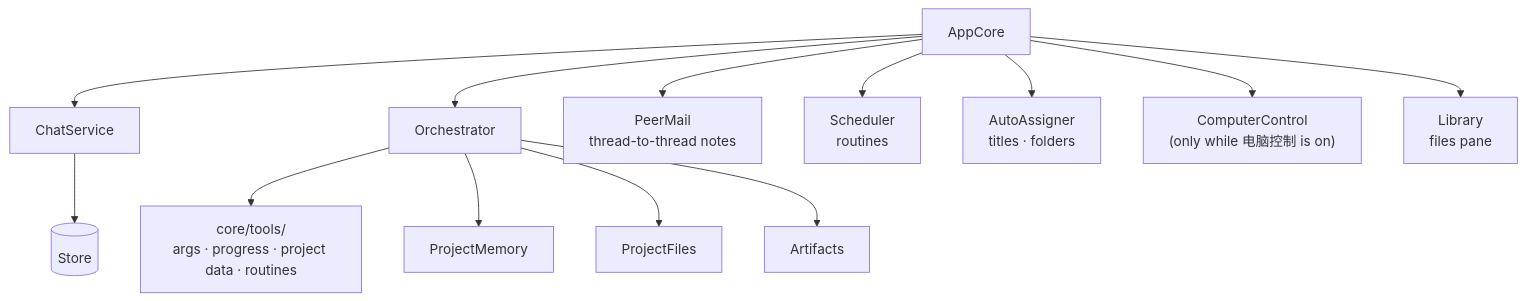
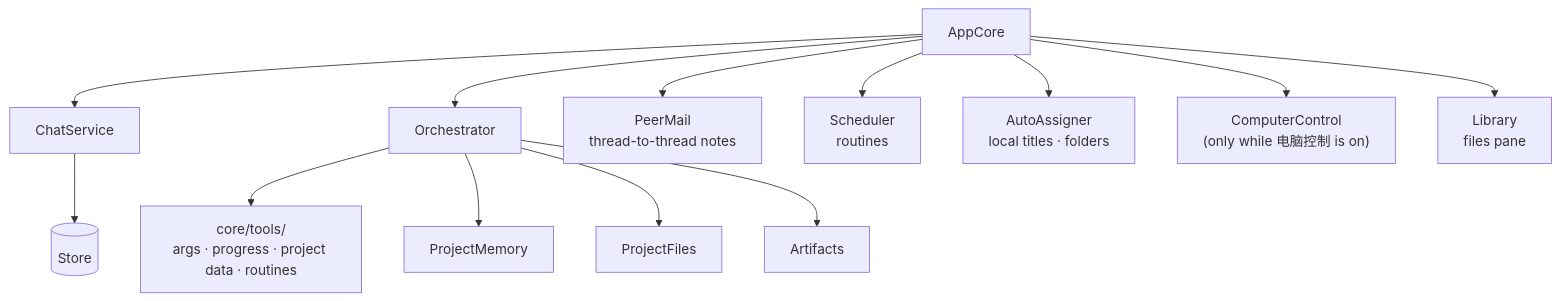
The third of 3 diagrams in docs/ARCHITECTURE.md (goldenfox2025/fenn-code), drawn with Mermaid before and after one commit. The commit also changed other lines of this file and 88 other files, not shown here.

````diff
--- a/docs/ARCHITECTURE.md
+++ b/docs/ARCHITECTURE.md
@@ -53,13 +53,13 @@
 ```mermaid
 flowchart TB
   CORE["AppCore"] --> CHAT["ChatService"]
   CORE --> ORCH["Orchestrator"]
   CORE --> PEERS["PeerMail<br/>thread-to-thread notes"]
   CORE --> SCHED["Scheduler<br/>routines"]
-  CORE --> AUTO["AutoAssigner<br/>titles · folders"]
+  CORE --> AUTO["AutoAssigner<br/>local titles · folders"]
   CORE --> COMP["ComputerControl<br/>(only while 电脑控制 is on)"]
   ORCH --> TOOLS["core/tools/<br/>args · progress · project data · routines"]
   ORCH --> MEM["ProjectMemory"] & FILES["ProjectFiles"] & ART["Artifacts"]
   CHAT --> STORE[("Store")]
   CORE --> LIB["Library<br/>files pane"]
 ```
````
